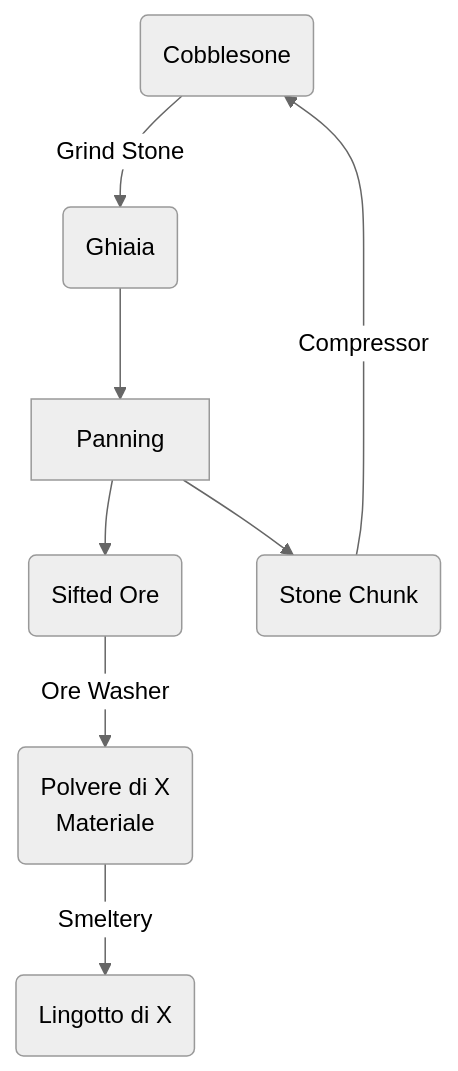
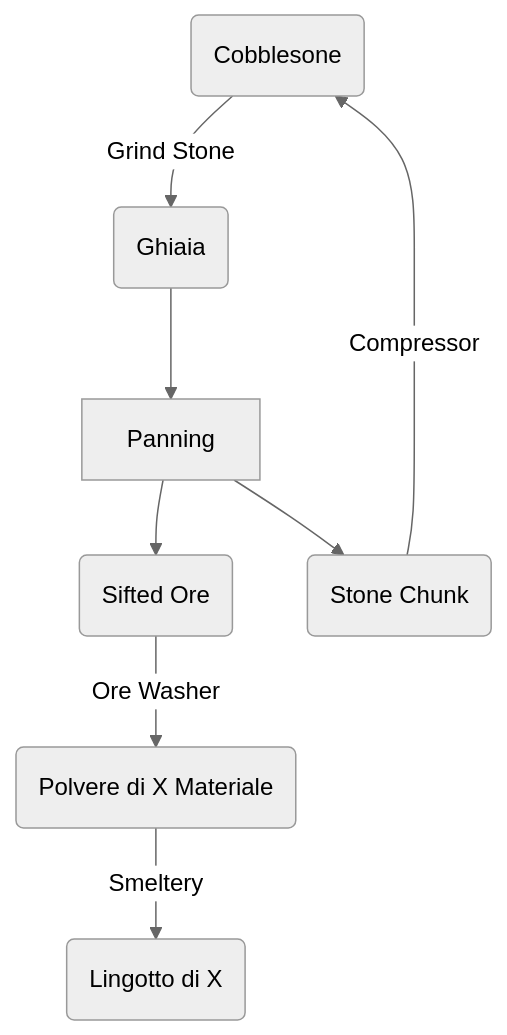
Before and after one commit to CampHQmc/OneFactory-Wiki: the diagram in SlimeFun/Come_Iniziare.md, drawn with Mermaid (neutral theme).

````diff
--- a/SlimeFun/Come_Iniziare.md
+++ b/SlimeFun/Come_Iniziare.md
@@ -10,10 +10,10 @@
 ```mermaid
 graph TD
     A(Cobblesone) -->|Grind Stone| B(Ghiaia)
     B --> Z[Panning]
     Z --> C(Sifted Ore)
     Z --> F(Stone Chunk)
     F -->|Compressor| A
-    C -->|Ore Washer| D(Polvere di X \nMateriale)
+    C -->|Ore Washer| D(Polvere di X Materiale)
     D -->|Smeltery| E(Lingotto di X)
 ```
````
